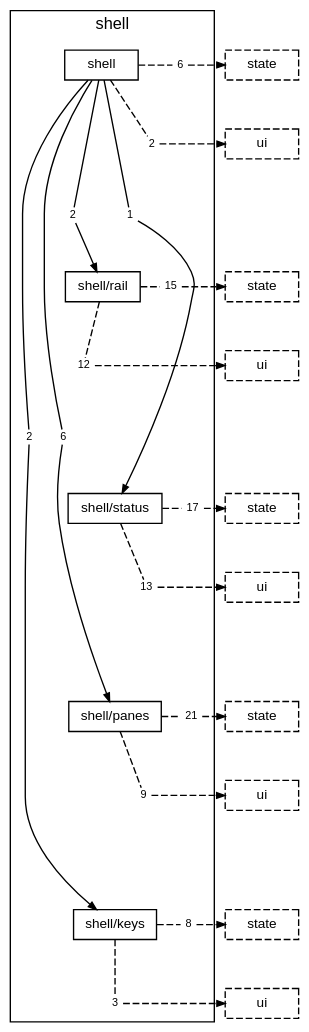
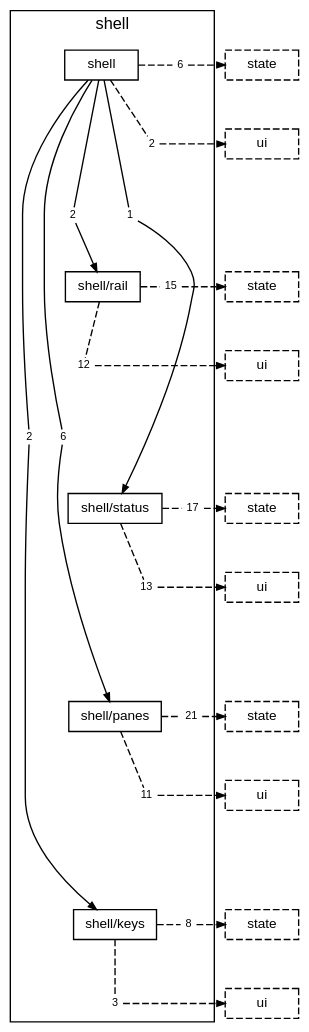
Before and after one commit to TheAxeC/oculus: the diagram in docs/diagrams/layer-shell.dot, drawn with Graphviz. The commit also changed 93 other files, not shown here.

```diff
--- a/docs/diagrams/layer-shell.dot
+++ b/docs/diagrams/layer-shell.dot
@@ -1,79 +1,79 @@
 digraph layer_shell {
     graph [bgcolor="transparent", rankdir=TB, newrank=true, fontname="Helvetica,Arial,sans-serif", fontsize=12, nodesep=0.2, ranksep=0.5];
     node [shape=box, color="black", fontcolor="black", fontname="Helvetica,Arial,sans-serif", fontsize=10, height=0.3, margin="0.12,0.04"];
     edge [color="black", fontcolor="black", fontname="Helvetica,Arial,sans-serif", fontsize=8, arrowsize=0.6];
     subgraph "cluster_shell" {
         label="shell"; style=solid;
         "folder shell" [label="shell"];
         "folder shell/rail" [label="shell/rail"];
         "folder shell/status" [label="shell/status"];
         "folder shell/panes" [label="shell/panes"];
         "folder shell/keys" [label="shell/keys"];
         "folder shell to folder shell/keys" [label="2", shape=box, color="transparent", fontsize=8, width=0, height=0, margin="0.04,0.02"];
         "folder shell to folder shell/panes" [label="6", shape=box, color="transparent", fontsize=8, width=0, height=0, margin="0.04,0.02"];
         "folder shell to folder shell/rail" [label="2", shape=box, color="transparent", fontsize=8, width=0, height=0, margin="0.04,0.02"];
         "folder shell to folder shell/status" [label="1", shape=box, color="transparent", fontsize=8, width=0, height=0, margin="0.04,0.02"];
         "folder shell to layer state" [label="6", shape=box, color="transparent", fontsize=8, width=0, height=0, margin="0.04,0.02"];
         "folder shell to layer ui" [label="2", shape=box, color="transparent", fontsize=8, width=0, height=0, margin="0.04,0.02"];
         "folder shell/rail to layer state" [label="15", shape=box, color="transparent", fontsize=8, width=0, height=0, margin="0.04,0.02"];
         "folder shell/rail to layer ui" [label="12", shape=box, color="transparent", fontsize=8, width=0, height=0, margin="0.04,0.02"];
         "folder shell/status to layer state" [label="17", shape=box, color="transparent", fontsize=8, width=0, height=0, margin="0.04,0.02"];
         "folder shell/status to layer ui" [label="13", shape=box, color="transparent", fontsize=8, width=0, height=0, margin="0.04,0.02"];
         "folder shell/panes to layer state" [label="21", shape=box, color="transparent", fontsize=8, width=0, height=0, margin="0.04,0.02"];
-        "folder shell/panes to layer ui" [label="9", shape=box, color="transparent", fontsize=8, width=0, height=0, margin="0.04,0.02"];
+        "folder shell/panes to layer ui" [label="11", shape=box, color="transparent", fontsize=8, width=0, height=0, margin="0.04,0.02"];
         "folder shell/keys to layer state" [label="8", shape=box, color="transparent", fontsize=8, width=0, height=0, margin="0.04,0.02"];
         "folder shell/keys to layer ui" [label="3", shape=box, color="transparent", fontsize=8, width=0, height=0, margin="0.04,0.02"];
     }
     "layer state from folder shell" [label="state", style=dashed];
     "layer ui from folder shell" [label="ui", style=dashed];
     "layer state from folder shell/rail" [label="state", style=dashed];
     "layer ui from folder shell/rail" [label="ui", style=dashed];
     "layer state from folder shell/status" [label="state", style=dashed];
     "layer ui from folder shell/status" [label="ui", style=dashed];
     "layer state from folder shell/panes" [label="state", style=dashed];
     "layer ui from folder shell/panes" [label="ui", style=dashed];
     "layer state from folder shell/keys" [label="state", style=dashed];
     "layer ui from folder shell/keys" [label="ui", style=dashed];
     "folder shell" -> "folder shell/rail" [style=invis, weight=10, minlen=3];
     "folder shell/rail" -> "folder shell/status" [style=invis, weight=10, minlen=3];
     "folder shell/status" -> "folder shell/panes" [style=invis, weight=10, minlen=3];
     "folder shell/panes" -> "folder shell/keys" [style=invis, weight=10, minlen=3];
     "folder shell" -> "folder shell to folder shell/keys" [arrowhead=none, minlen=5, weight=10];
     "folder shell to folder shell/keys" -> "folder shell/keys" [];
     "folder shell" -> "folder shell to folder shell/panes" [arrowhead=none, minlen=5, weight=10];
     "folder shell to folder shell/panes" -> "folder shell/panes" [];
     "folder shell" -> "folder shell to folder shell/rail" [arrowhead=none, minlen=2, weight=10];
     "folder shell to folder shell/rail" -> "folder shell/rail" [];
     "folder shell" -> "folder shell to folder shell/status" [arrowhead=none, minlen=2, weight=10];
     "folder shell to folder shell/status" -> "folder shell/status" [];
     "folder shell" -> "folder shell to layer state" [arrowhead=none, style=dashed];
     "folder shell to layer state" -> "layer state from folder shell" [style=dashed];
     { rank=same; "folder shell"; "folder shell to layer state"; "layer state from folder shell"; }
     "folder shell" -> "folder shell to layer ui" [arrowhead=none, style=dashed, minlen=1, weight=10];
     "folder shell to layer ui" -> "layer ui from folder shell" [style=dashed];
     { rank=same; "folder shell to layer ui"; "layer ui from folder shell"; }
     "folder shell/rail" -> "folder shell/rail to layer state" [arrowhead=none, style=dashed];
     "folder shell/rail to layer state" -> "layer state from folder shell/rail" [style=dashed];
     { rank=same; "folder shell/rail"; "folder shell/rail to layer state"; "layer state from folder shell/rail"; }
     "folder shell/rail" -> "folder shell/rail to layer ui" [arrowhead=none, style=dashed, minlen=1, weight=10];
     "folder shell/rail to layer ui" -> "layer ui from folder shell/rail" [style=dashed];
     { rank=same; "folder shell/rail to layer ui"; "layer ui from folder shell/rail"; }
     "folder shell/status" -> "folder shell/status to layer state" [arrowhead=none, style=dashed];
     "folder shell/status to layer state" -> "layer state from folder shell/status" [style=dashed];
     { rank=same; "folder shell/status"; "folder shell/status to layer state"; "layer state from folder shell/status"; }
     "folder shell/status" -> "folder shell/status to layer ui" [arrowhead=none, style=dashed, minlen=1, weight=10];
     "folder shell/status to layer ui" -> "layer ui from folder shell/status" [style=dashed];
     { rank=same; "folder shell/status to layer ui"; "layer ui from folder shell/status"; }
     "folder shell/panes" -> "folder shell/panes to layer state" [arrowhead=none, style=dashed];
     "folder shell/panes to layer state" -> "layer state from folder shell/panes" [style=dashed];
     { rank=same; "folder shell/panes"; "folder shell/panes to layer state"; "layer state from folder shell/panes"; }
     "folder shell/panes" -> "folder shell/panes to layer ui" [arrowhead=none, style=dashed, minlen=1, weight=10];
     "folder shell/panes to layer ui" -> "layer ui from folder shell/panes" [style=dashed];
     { rank=same; "folder shell/panes to layer ui"; "layer ui from folder shell/panes"; }
     "folder shell/keys" -> "folder shell/keys to layer state" [arrowhead=none, style=dashed];
     "folder shell/keys to layer state" -> "layer state from folder shell/keys" [style=dashed];
     { rank=same; "folder shell/keys"; "folder shell/keys to layer state"; "layer state from folder shell/keys"; }
     "folder shell/keys" -> "folder shell/keys to layer ui" [arrowhead=none, style=dashed, minlen=1, weight=10];
     "folder shell/keys to layer ui" -> "layer ui from folder shell/keys" [style=dashed];
     { rank=same; "folder shell/keys to layer ui"; "layer ui from folder shell/keys"; }
 }
```
